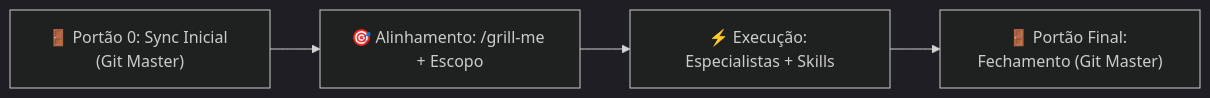
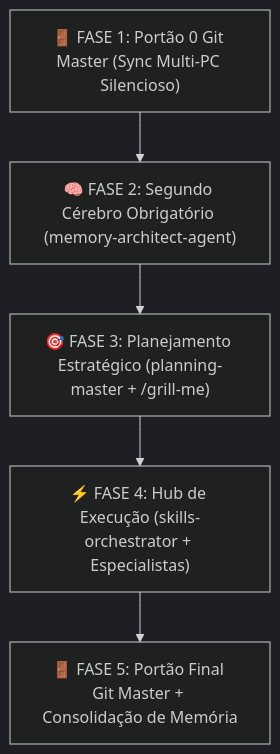
The second of 2 diagrams in custom-agents/global-master-agent.md (Henrique1601/SkiilsToIAs), drawn with Mermaid (dark theme) before and after one commit. The commit also changed other lines of this file and 2 other files, not shown here.

Commit message:
feat(architecture): instituir ADR-004 com pipeline mandatorio em 5 fases e ativacao automatica do segundo cerebro (memory-architect-agent)

````diff
--- a/custom-agents/global-master-agent.md
+++ b/custom-agents/global-master-agent.md
@@ -122,4 +124,7 @@
 ```mermaid
-flowchart LR
-    G0["🚪 Portão 0: Sync Inicial (Git Master)"] --> G1["🎯 Alinhamento: /grill-me + Escopo"] --> G2["⚡ Execução: Especialistas + Skills"] --> GF["🚪 Portão Final: Fechamento (Git Master)"]
+flowchart TD
+    G0["🚪 FASE 1: Portão 0 Git Master (Sync Multi-PC Silencioso)"] --> G1["🧠 FASE 2: Segundo Cérebro Obrigatório (memory-architect-agent)"]
+    G1 --> G2["🎯 FASE 3: Planejamento Estratégico (planning-master + /grill-me)"]
+    G2 --> G3["⚡ FASE 4: Hub de Execução (skills-orchestrator + Especialistas)"]
+    G3 --> G4["🚪 FASE 5: Portão Final Git Master + Consolidação de Memória"]
 ```
````
